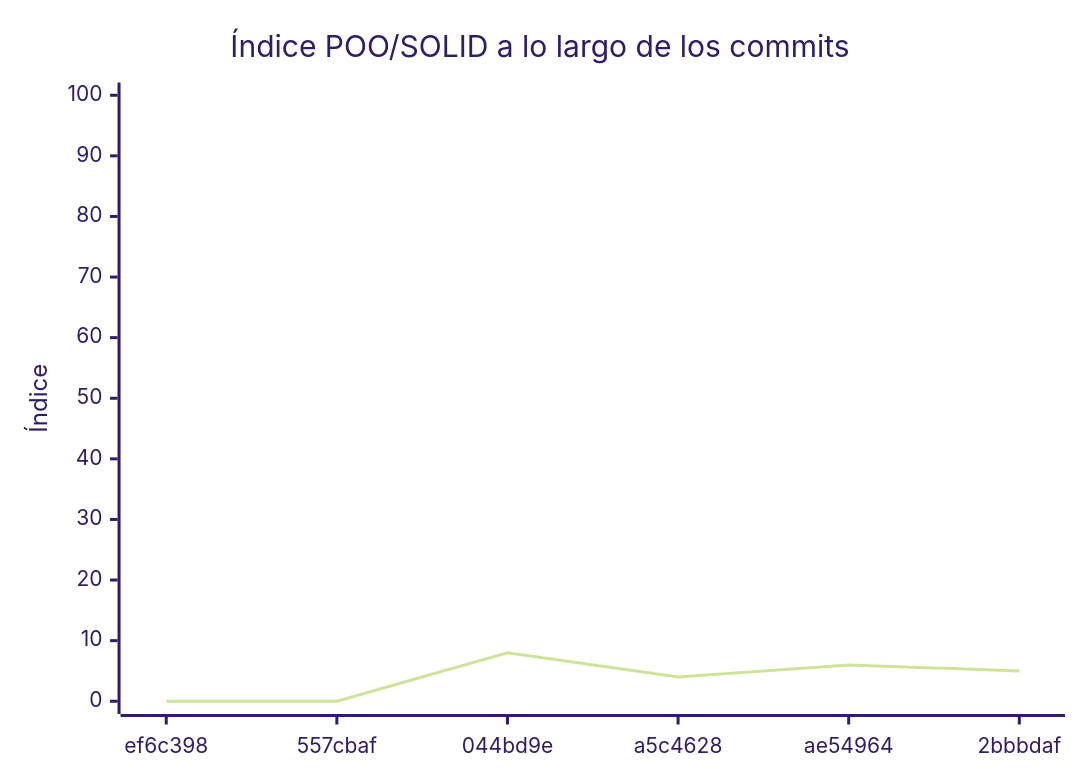
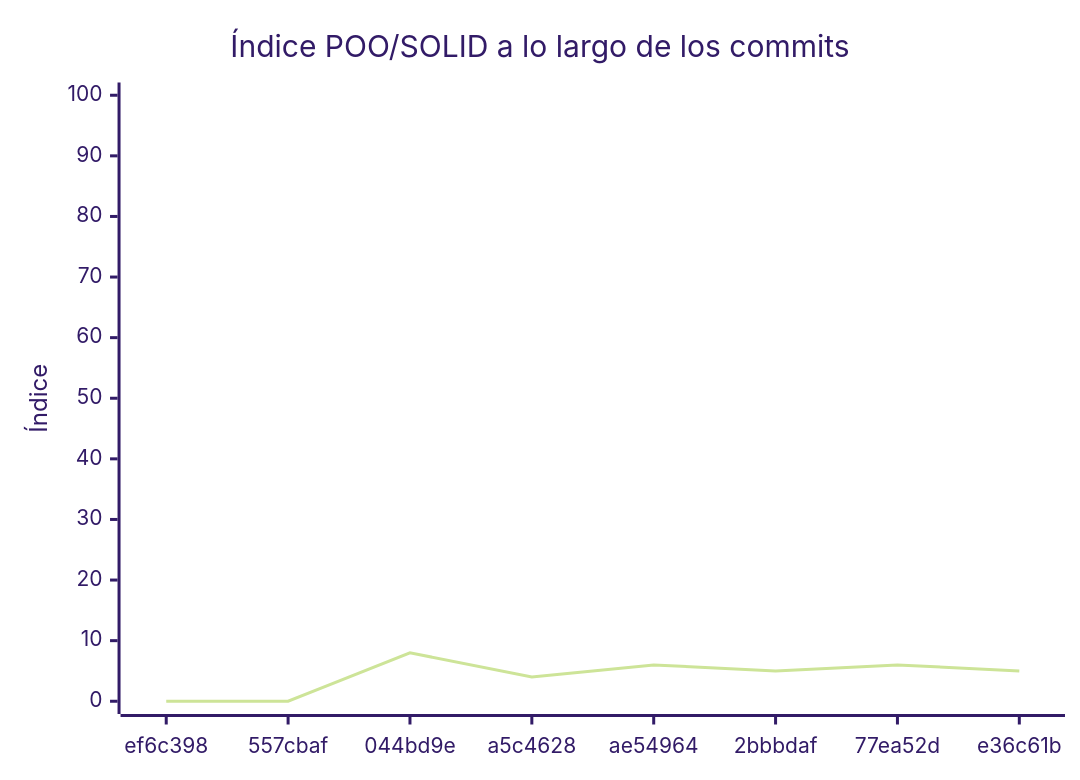
One commit to Chiara-Monte-Productions/LaPampa-ElJuegoII changed the diagram in docs/EVALUACION.md. Above: the diagram before and after it, drawn with Mermaid (forest theme). The commit also changed other lines of this file and 1 other file, not shown here.

````diff
--- a/docs/EVALUACION.md
+++ b/docs/EVALUACION.md
@@ -257,7 +263,7 @@
 ```mermaid
 xychart-beta
     title "Índice POO/SOLID a lo largo de los commits"
-    x-axis ["ef6c398", "557cbaf", "044bd9e", "a5c4628", "ae54964", "2bbbdaf"]
+    x-axis ["ef6c398", "557cbaf", "044bd9e", "a5c4628", "ae54964", "2bbbdaf", "77ea52d", "e36c61b"]
     y-axis "Índice" 0 --> 100
-    line [0, 0, 8, 4, 6, 5]
+    line [0, 0, 8, 4, 6, 5, 6, 5]
 ```
````
